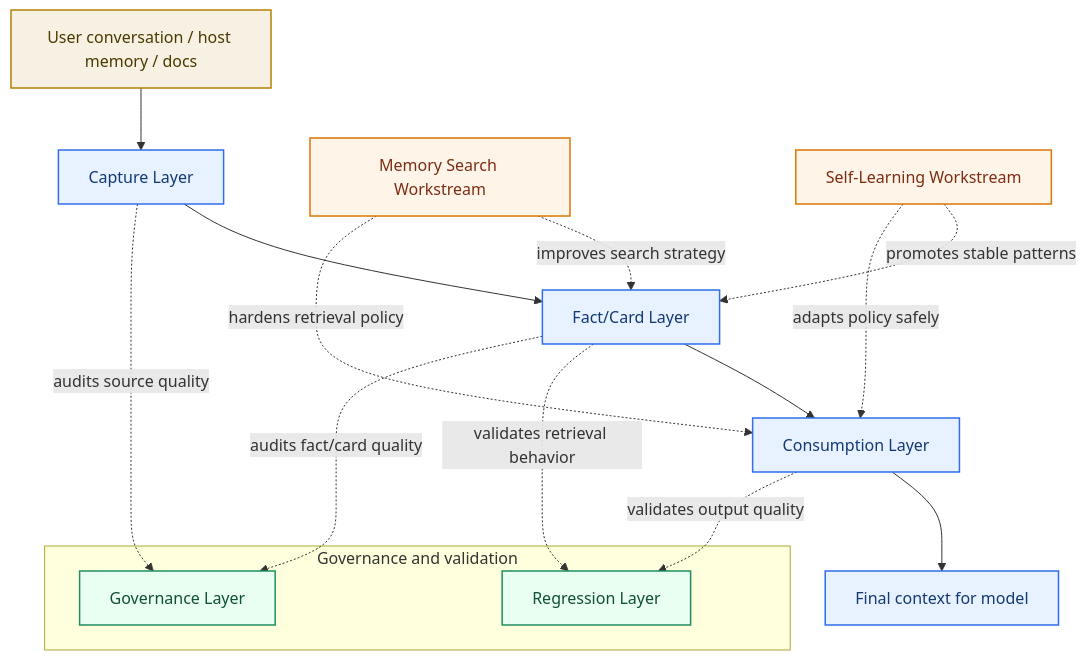
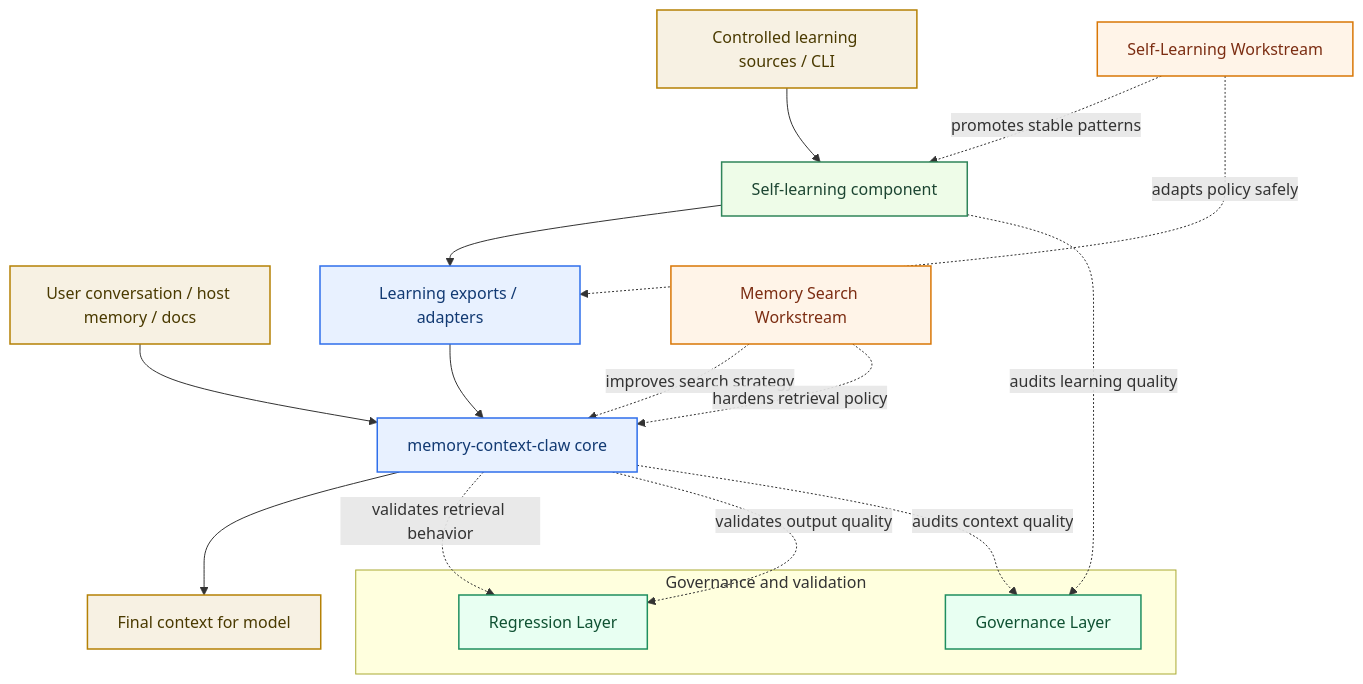
The first of 16 diagrams in system-architecture.md (redcreen/memory-context-claw), drawn with Mermaid before and after one commit. The commit also changed other lines of this file and 4 other files, not shown here.

Commit message:
Refine self-learning architecture boundaries

````diff
--- a/system-architecture.md
+++ b/system-architecture.md
@@ -27,33 +28,36 @@
 ```mermaid
 flowchart TB
-    A["User conversation / host memory / docs"] --> B["Capture Layer"]
-    B --> C["Fact/Card Layer"]
-    C --> D["Consumption Layer"]
-    D --> E["Final context for model"]
+    A["User conversation / host memory / docs"] --> B["memory-context-claw core"]
+    X["Controlled learning sources / CLI"] --> Y["Self-learning component"]
+    Y --> Z["Learning exports / adapters"]
+    Z --> B
+    B --> E["Final context for model"]
 
     subgraph OPS["Governance and validation"]
         F["Regression Layer"]
         G["Governance Layer"]
     end
 
     H["Memory Search Workstream"]
     I["Self-Learning Workstream"]
 
-    C -. validates retrieval behavior .-> F
-    D -. validates output quality .-> F
-    B -. audits source quality .-> G
-    C -. audits fact/card quality .-> G
-    H -. improves search strategy .-> C
-    H -. hardens retrieval policy .-> D
-    I -. promotes stable patterns .-> C
-    I -. adapts policy safely .-> D
+    B -. validates retrieval behavior .-> F
+    B -. validates output quality .-> F
+    Y -. audits learning quality .-> G
+    B -. audits context quality .-> G
+    H -. improves search strategy .-> B
+    H -. hardens retrieval policy .-> B
+    I -. promotes stable patterns .-> Y
+    I -. adapts policy safely .-> Z
 
     classDef input fill:#f7f1e3,stroke:#b58105,color:#4a3a00,stroke-width:1.5px;
     classDef plugin fill:#e8f1ff,stroke:#2f6feb,color:#123a73,stroke-width:1.5px;
+    classDef learning fill:#eefce8,stroke:#2f855a,color:#1c4532,stroke-width:1.5px;
     classDef ops fill:#e8fff2,stroke:#1f8f5f,color:#0f5132,stroke-width:1.5px;
     classDef workstream fill:#fff4e8,stroke:#d97706,color:#7c2d12,stroke-width:1.5px;
-    class A input;
-    class B,C,D,E plugin;
+    class A,X,E input;
+    class B,Z plugin;
+    class Y learning;
     class F,G ops;
     class H,I workstream;
 ```
````
